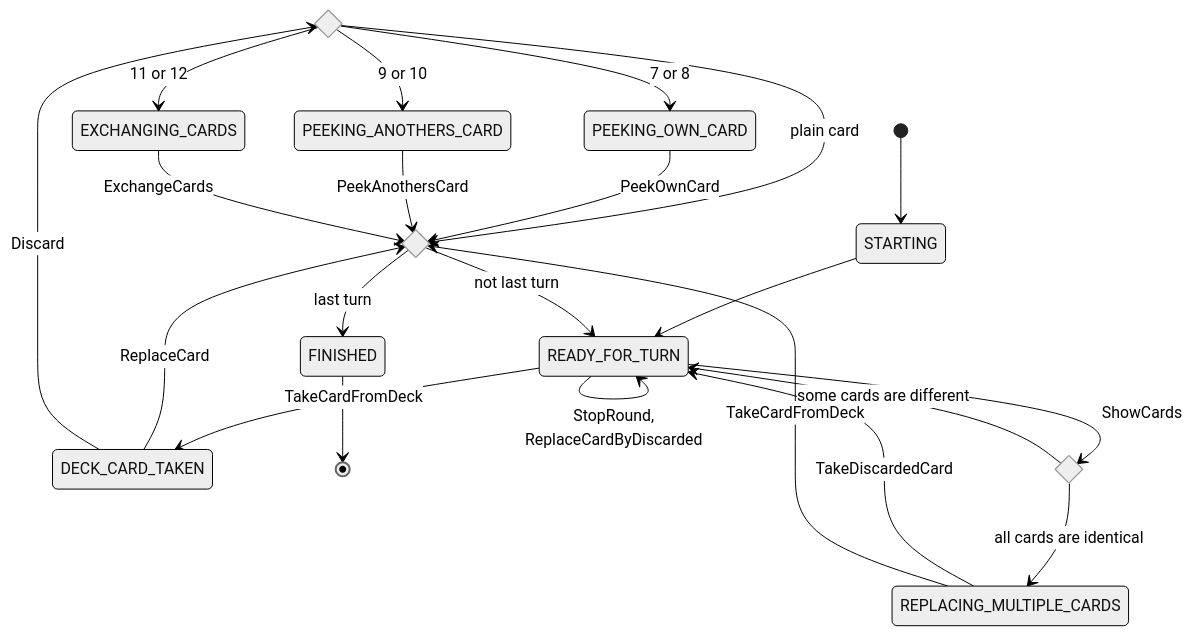
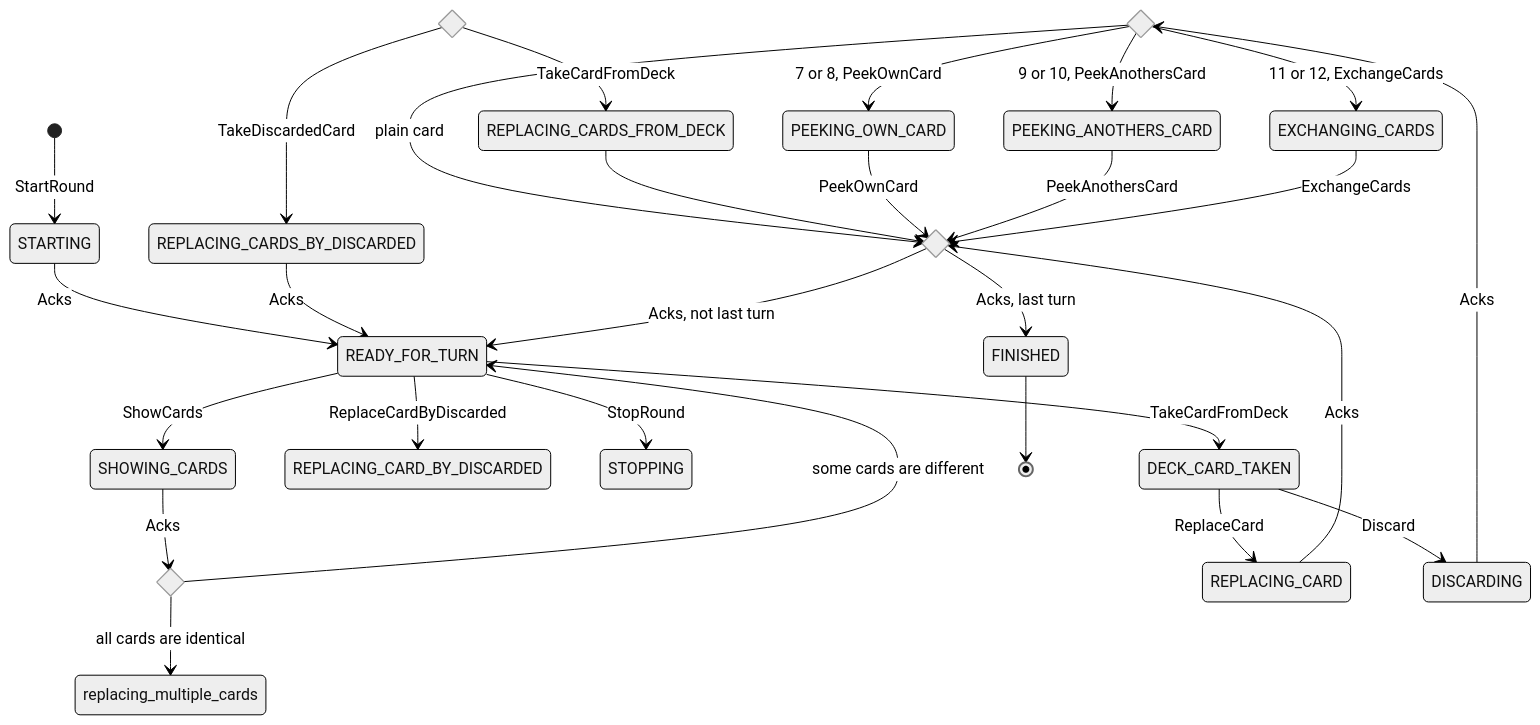
One commit to roman-zubarevich/another changed the first of 15 diagrams in README.md. Above: the diagram before and after it, drawn with Mermaid (neutral theme).

Commit message:
adjust readme

````diff
--- a/README.md
+++ b/README.md
@@ -7,27 +7,34 @@
 ```mermaid
 stateDiagram-v2
     state discarded <<choice>>
-    state showing_cards <<choice>>
+    state comparing_cards <<choice>>
+    state replacing_cards <<choice>>
     state turn_done <<choice>>
-    [*] --> STARTING
-    STARTING --> READY_FOR_TURN
+    [*] --> STARTING: StartRound
+    STARTING --> READY_FOR_TURN: Acks
     READY_FOR_TURN --> DECK_CARD_TAKEN: TakeCardFromDeck
-    READY_FOR_TURN --> READY_FOR_TURN: StopRound,<br/>ReplaceCardByDiscarded
-    READY_FOR_TURN --> showing_cards: ShowCards
-    showing_cards --> REPLACING_MULTIPLE_CARDS: all cards are identical
-    showing_cards --> READY_FOR_TURN: some cards are different
-    DECK_CARD_TAKEN --> turn_done: ReplaceCard
-    DECK_CARD_TAKEN --> discarded: Discard
+    READY_FOR_TURN --> REPLACING_CARD_BY_DISCARDED: ReplaceCardByDiscarded
+    READY_FOR_TURN --> STOPPING: StopRound
+    READY_FOR_TURN --> SHOWING_CARDS: ShowCards
+    SHOWING_CARDS --> comparing_cards: Acks
+    comparing_cards --> READY_FOR_TURN: some cards are different
+    comparing_cards --> replacing_multiple_cards: all cards are identical
+    replacing_cards --> REPLACING_CARDS_FROM_DECK: TakeCardFromDeck
+    replacing_cards --> REPLACING_CARDS_BY_DISCARDED: TakeDiscardedCard
+    DECK_CARD_TAKEN --> REPLACING_CARD: ReplaceCard
+    REPLACING_CARD --> turn_done: Acks
+    DECK_CARD_TAKEN --> DISCARDING: Discard
+    DISCARDING --> discarded: Acks
     discarded --> turn_done: plain card
-    discarded --> PEEKING_OWN_CARD: 7 or 8
-    discarded --> PEEKING_ANOTHERS_CARD: 9 or 10
-    discarded --> EXCHANGING_CARDS: 11 or 12
-    REPLACING_MULTIPLE_CARDS --> READY_FOR_TURN: TakeDiscardedCard
-    REPLACING_MULTIPLE_CARDS --> turn_done: TakeCardFromDeck
+    discarded --> PEEKING_OWN_CARD: 7 or 8, PeekOwnCard
+    discarded --> PEEKING_ANOTHERS_CARD: 9 or 10, PeekAnothersCard
+    discarded --> EXCHANGING_CARDS: 11 or 12, ExchangeCards
+    REPLACING_CARDS_BY_DISCARDED --> READY_FOR_TURN: Acks
+    REPLACING_CARDS_FROM_DECK --> turn_done
     PEEKING_OWN_CARD --> turn_done: PeekOwnCard
     PEEKING_ANOTHERS_CARD --> turn_done: PeekAnothersCard
     EXCHANGING_CARDS --> turn_done: ExchangeCards
-    turn_done --> READY_FOR_TURN: not last turn
-    turn_done --> FINISHED: last turn
+    turn_done --> READY_FOR_TURN: Acks, not last turn
+    turn_done --> FINISHED: Acks, last turn
     FINISHED --> [*]
 ```
````
